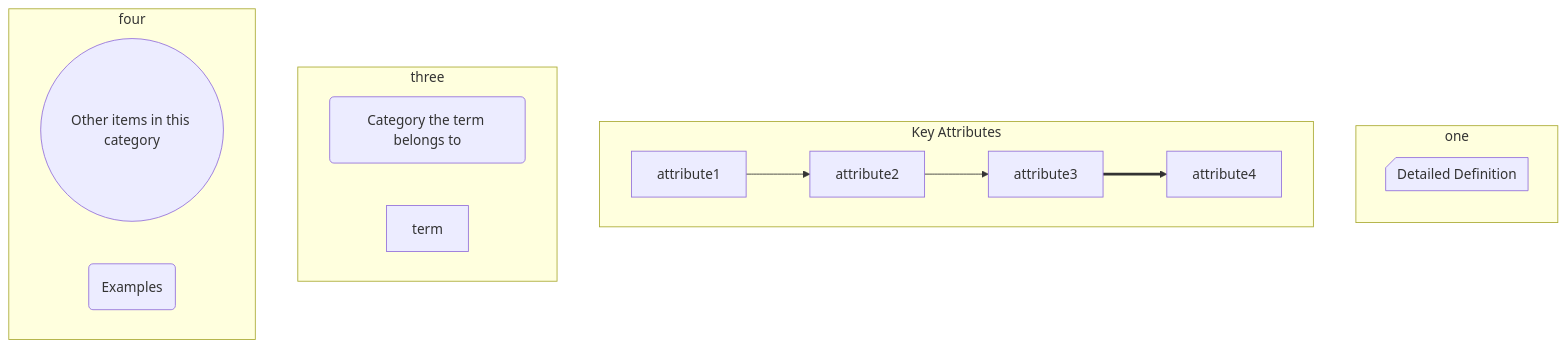
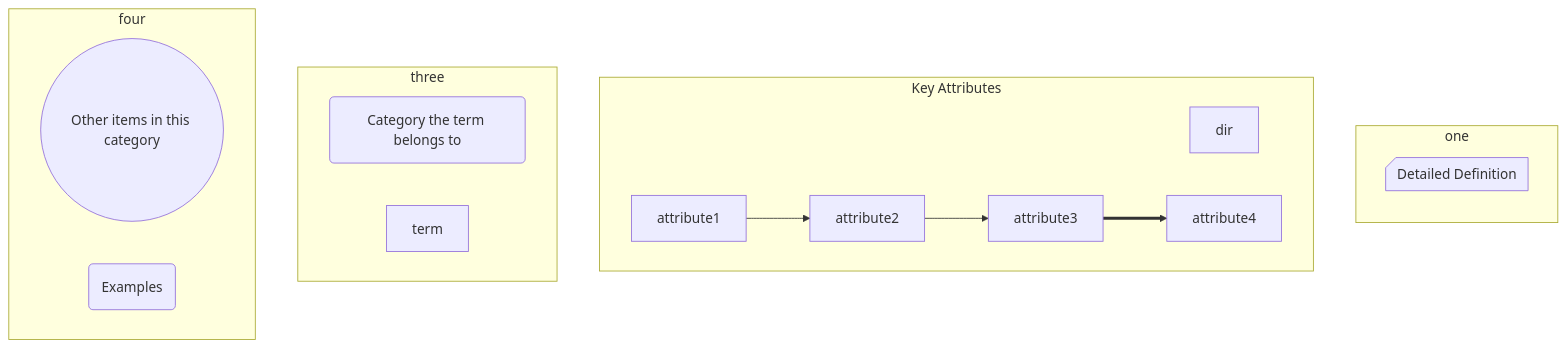
The diagram in slides.md (gerbssusd/dok), drawn with Mermaid before and after one commit.

````diff
--- a/slides.md
+++ b/slides.md
@@ -217,29 +217,29 @@
 ```mermaid
 flowchart TB
     subgraph one 
      direction TB
     a1@{ shape: card, label: Detailed Definition}
      end
     subgraph Key Attributes
-     
+     dir
      d1[attribute1] -->
      d2[attribute2] -->
      d3[attribute3] ==>
      d4[attribute4] 
      end
     subgraph three
       direction RL
         b1(Category the term belongs to)
         b2[term]
         end
     subgraph four
         e1((Other items in this category))
         e2(Examples              )
         end
 
 
 
 
 
 
 ```
````
